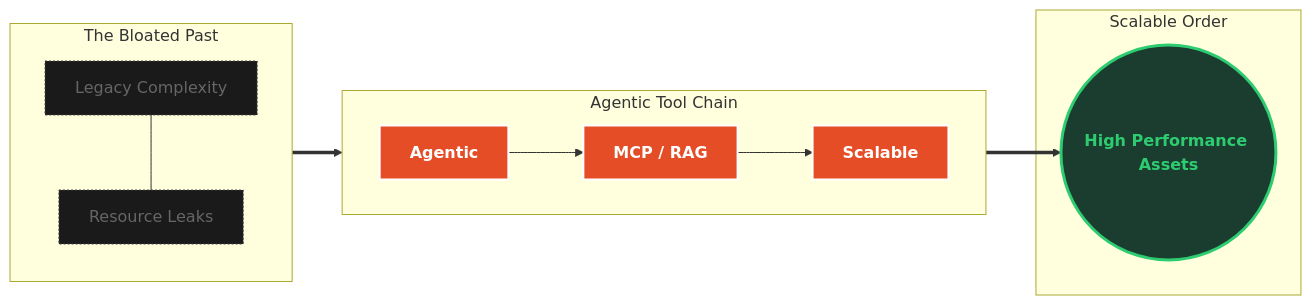
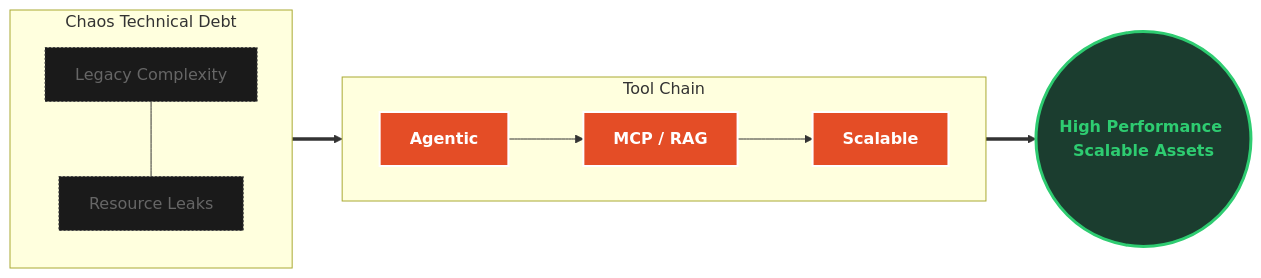
Before and after one commit to sinwulok/sinwulok: the diagram in README.md, drawn with Mermaid.

````diff
--- a/README.md
+++ b/README.md
@@ -25,33 +25,31 @@
 ```mermaid
 graph LR
     %% 樣式定義
     classDef legacy fill:#1a1a1a,stroke:#444,stroke-width:1px,color:#666,stroke-dasharray: 2 2
     classDef surgeon fill:#e44d26,stroke:#fff,stroke-width:2px,color:#fff,font-weight:bold
     classDef result fill:#1b3d2f,stroke:#2ecc71,stroke-width:3px,color:#2ecc71,font-weight:bold
 
     %% 區域 1: 熵增混亂
-    subgraph Zone_Legacy ["The Bloated Past"]
+    subgraph Zone_Legacy ["Chaos Technical Debt"]
         A["Legacy Complexity"] --- B["Resource Leaks"]
     end
 
     %% 區域 2: AI 智能驅動 (L -> R)
-    subgraph Zone_Agentic ["Agentic Tool Chain"]
+    subgraph Zone_Agentic ["Tool Chain"]
         direction LR
         T1[Agentic] --> T2[MCP / RAG] --> T3[Scalable]
     end
 
     %% 區域 3: 最終成果 (Green Circle)
-    subgraph Zone_Result ["Scalable Order"]
-        R((High Performance Assets))
-    end
+    R((High Performance Scalable Assets))
 
     %% 連接邏輯
     Zone_Legacy ==> Zone_Agentic
     Zone_Agentic ==> R
 
     %% 樣式應用
     class A,B legacy
     class T1,T2,T3 surgeon
     class R result
 
 ```
````
